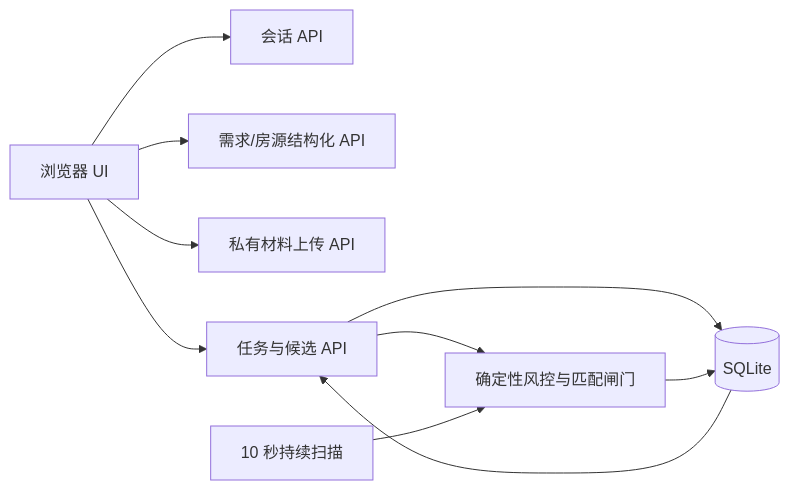
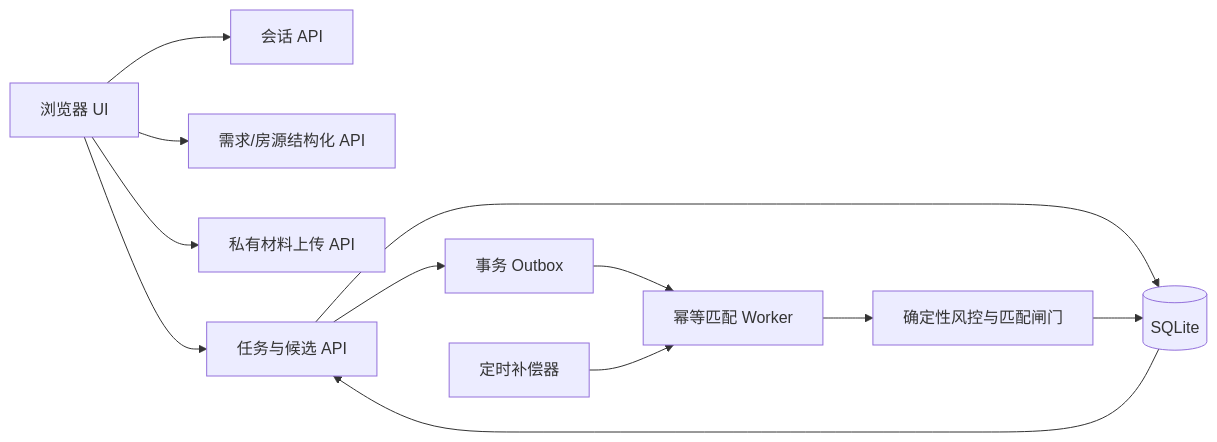
Before and after one commit to tank798/AI-native-rental-platform: the fourth of 4 diagrams in docs/product-architecture.md, drawn with Mermaid. The commit also changed other lines of this file and 22 other files, not shown here.

````diff
--- a/docs/product-architecture.md
+++ b/docs/product-architecture.md
@@ -149,12 +149,14 @@
 ```mermaid
 flowchart LR
     UI[浏览器 UI] --> SESSION[会话 API]
     UI --> INTAKE[需求/房源结构化 API]
     UI --> EVIDENCE[私有材料上传 API]
     UI --> TASKS[任务与候选 API]
     TASKS --> SQLITE[(SQLite)]
-    TASKS --> MATCH[确定性风控与匹配闸门]
+    TASKS --> OUTBOX[事务 Outbox]
+    OUTBOX --> WORKER[幂等匹配 Worker]
+    WORKER --> MATCH[确定性风控与匹配闸门]
     MATCH --> SQLITE
-    TIMER[10 秒持续扫描] --> MATCH
+    TIMER[定时补偿器] --> WORKER
     SQLITE --> TASKS
 ```
````
